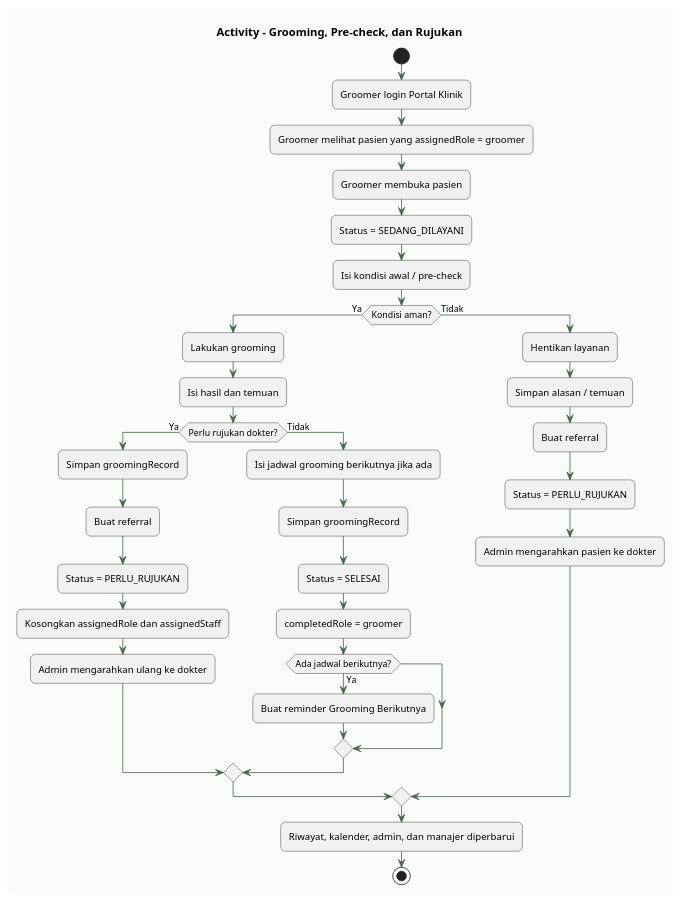
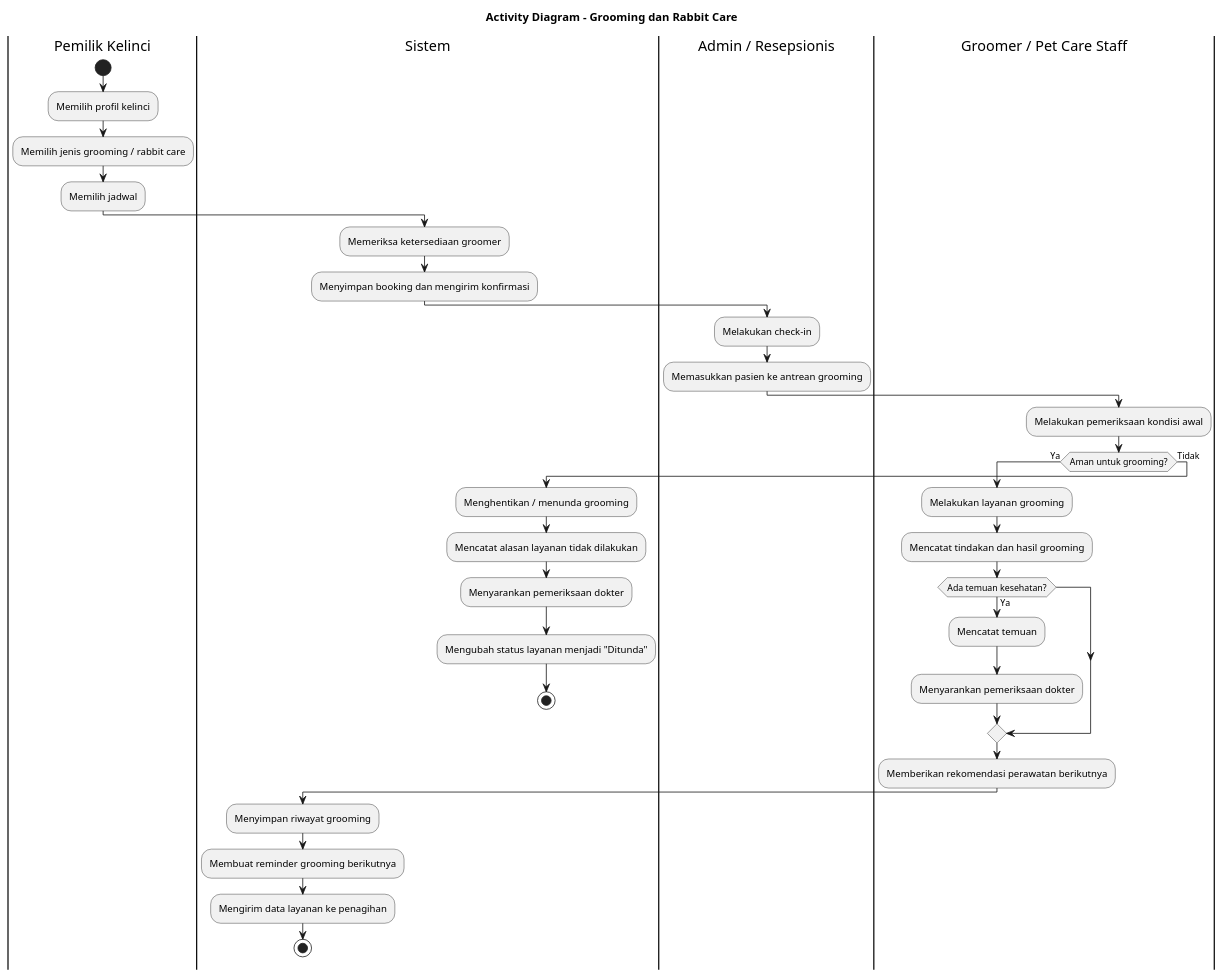
One commit to audyyagustin/rabbitcare-apsi changed the diagram in diagrams/08_activity_grooming_referral.puml. Above: the diagram before and after it, drawn with PlantUML.

```diff
--- a/diagrams/08_activity_grooming_referral.puml
+++ b/diagrams/08_activity_grooming_referral.puml
@@ -1,44 +1,42 @@
 @startuml
 skinparam shadowing false
-skinparam roundcorner 12
-skinparam defaultFontName Arial
-skinparam ArrowColor #48664C
-skinparam BorderColor #48664C
-skinparam BackgroundColor #FAFCFA
-skinparam NoteBackgroundColor #FFF7E8
-skinparam NoteBorderColor #D99A43
-title Activity - Grooming, Pre-check, dan Rujukan
+title Activity Diagram - Grooming dan Rabbit Care
+
+|Pemilik Kelinci|
 start
-:Groomer login Portal Klinik;
-:Groomer melihat pasien yang assignedRole = groomer;
-:Groomer membuka pasien;
-:Status = SEDANG_DILAYANI;
-:Isi kondisi awal / pre-check;
-if (Kondisi aman?) then (Ya)
-  :Lakukan grooming;
-  :Isi hasil dan temuan;
-  if (Perlu rujukan dokter?) then (Ya)
-    :Simpan groomingRecord;
-    :Buat referral;
-    :Status = PERLU_RUJUKAN;
-    :Kosongkan assignedRole dan assignedStaff;
-    :Admin mengarahkan ulang ke dokter;
-  else (Tidak)
-    :Isi jadwal grooming berikutnya jika ada;
-    :Simpan groomingRecord;
-    :Status = SELESAI;
-    :completedRole = groomer;
-    if (Ada jadwal berikutnya?) then (Ya)
-      :Buat reminder Grooming Berikutnya;
-    endif
+:Memilih profil kelinci;
+:Memilih jenis grooming / rabbit care;
+:Memilih jadwal;
+
+|Sistem|
+:Memeriksa ketersediaan groomer;
+:Menyimpan booking dan mengirim konfirmasi;
+
+|Admin / Resepsionis|
+:Melakukan check-in;
+:Memasukkan pasien ke antrean grooming;
+
+|Groomer / Pet Care Staff|
+:Melakukan pemeriksaan kondisi awal;
+if (Aman untuk grooming?) then (Ya)
+  :Melakukan layanan grooming;
+  :Mencatat tindakan dan hasil grooming;
+  if (Ada temuan kesehatan?) then (Ya)
+    :Mencatat temuan;
+    :Menyarankan pemeriksaan dokter;
   endif
+  :Memberikan rekomendasi perawatan berikutnya;
+  |Sistem|
+  :Menyimpan riwayat grooming;
+  :Membuat reminder grooming berikutnya;
+  :Mengirim data layanan ke penagihan;
+  stop
 else (Tidak)
-  :Hentikan layanan;
-  :Simpan alasan / temuan;
-  :Buat referral;
-  :Status = PERLU_RUJUKAN;
-  :Admin mengarahkan pasien ke dokter;
+  :Menghentikan / menunda grooming;
+  :Mencatat alasan layanan tidak dilakukan;
+  :Menyarankan pemeriksaan dokter;
+  |Sistem|
+  :Mengubah status layanan menjadi "Ditunda";
+  stop
 endif
-:Riwayat, kalender, admin, dan manajer diperbarui;
-stop
 @enduml
```
